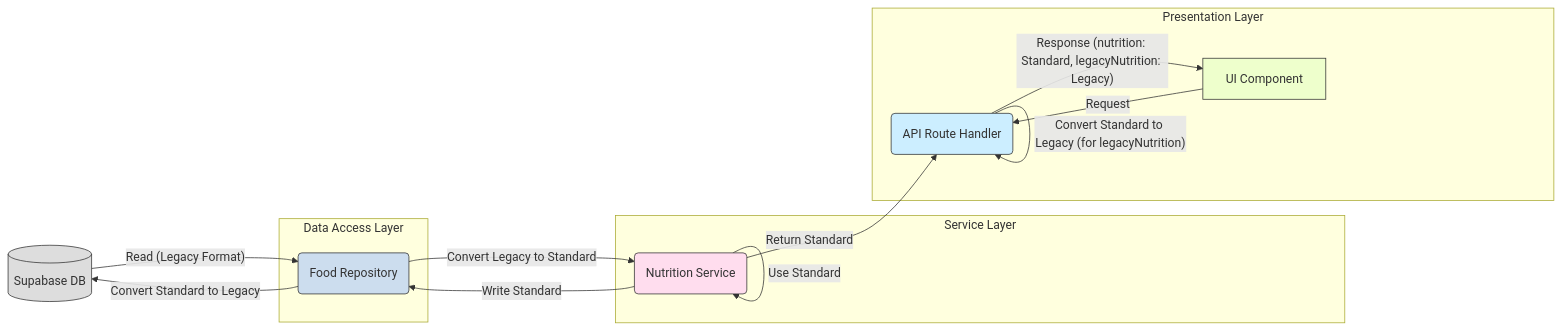
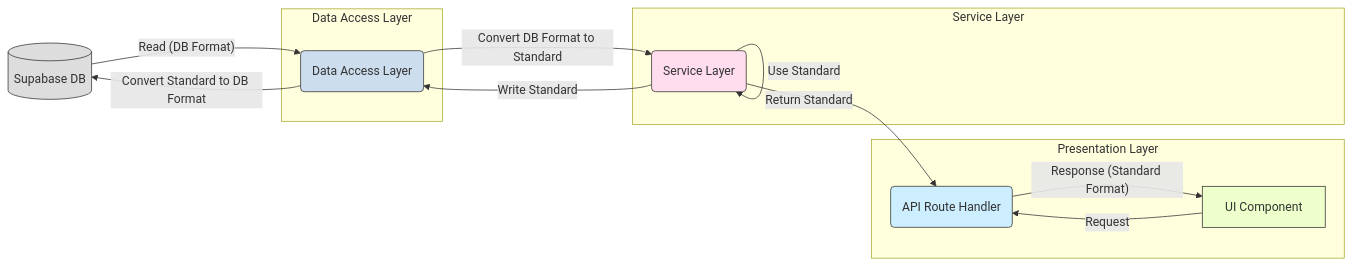
One commit to Mako3333/manmaru changed the diagram in docs/guidelines/nutrition-type-standardization.md. Above: the diagram before and after it, drawn with Mermaid. The commit also changed other lines of this file and 8 other files, not shown here.

````diff
--- a/docs/guidelines/nutrition-type-standardization.md
+++ b/docs/guidelines/nutrition-type-standardization.md
@@ -87,30 +81,29 @@
 ```mermaid
 graph LR
-    DB[(Supabase DB)] -- Read (Legacy Format) --> Repo(Food Repository)
-    Repo -- Convert Legacy to Standard --> Service(Nutrition Service)
+    DB[(Supabase DB)] -- Read (DB Format) --> Repo(Data Access Layer)
+    Repo -- Convert DB Format to Standard --> Service(Service Layer)
     Service -- Use Standard --> Service
     Service -- Return Standard --> API(API Route Handler)
-    Repo -- Convert Standard to Legacy --> DB
+    Repo -- Convert Standard to DB Format --> DB
     Service -- Write Standard --> Repo
 
     UI[UI Component] -- Request --> API
-    API -- Convert Standard to Legacy (for legacyNutrition) --> API
-    API -- Response (nutrition: Standard, legacyNutrition: Legacy) --> UI
+    API -- Response (Standard Format) --> UI
 
     subgraph Data Access Layer
         Repo
     end
     subgraph Service Layer
         Service
     end
     subgraph Presentation Layer
         API
         UI
     end
 
     style DB fill:#ddd,stroke:#333
     style Repo fill:#cde,stroke:#333
     style Service fill:#fde,stroke:#333
     style API fill:#cef,stroke:#333
     style UI fill:#efc,stroke:#333
 ```
````
